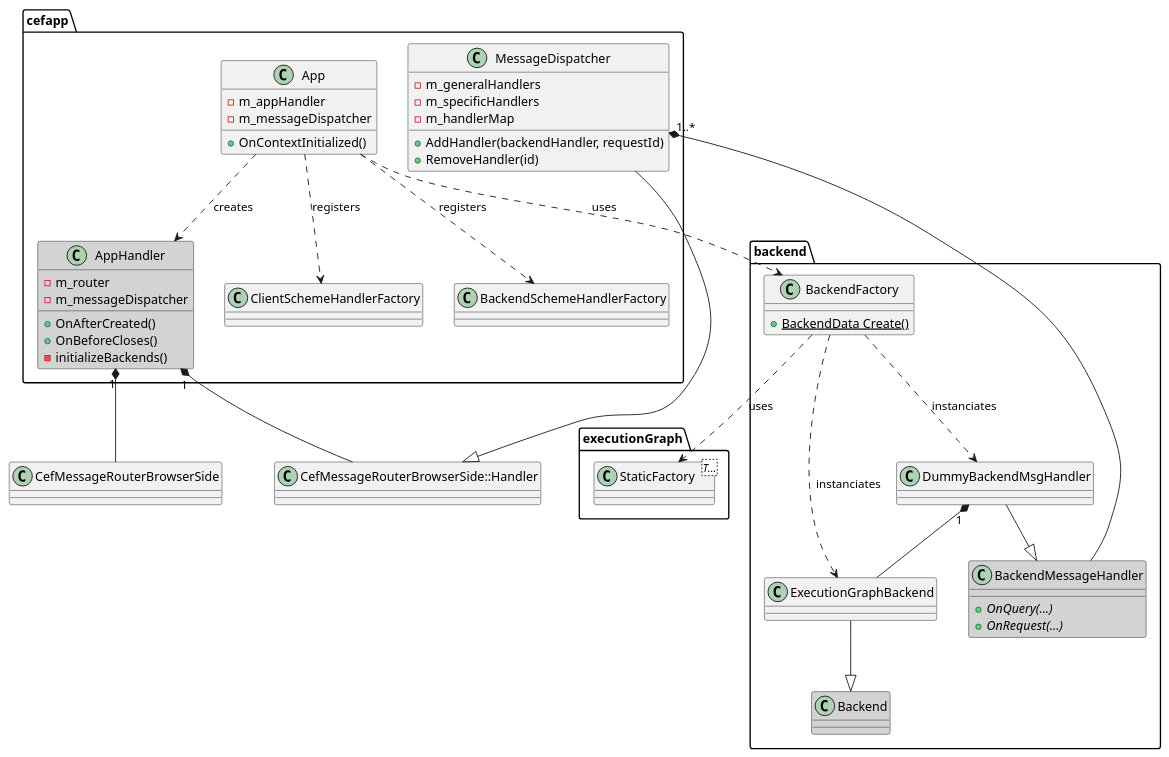
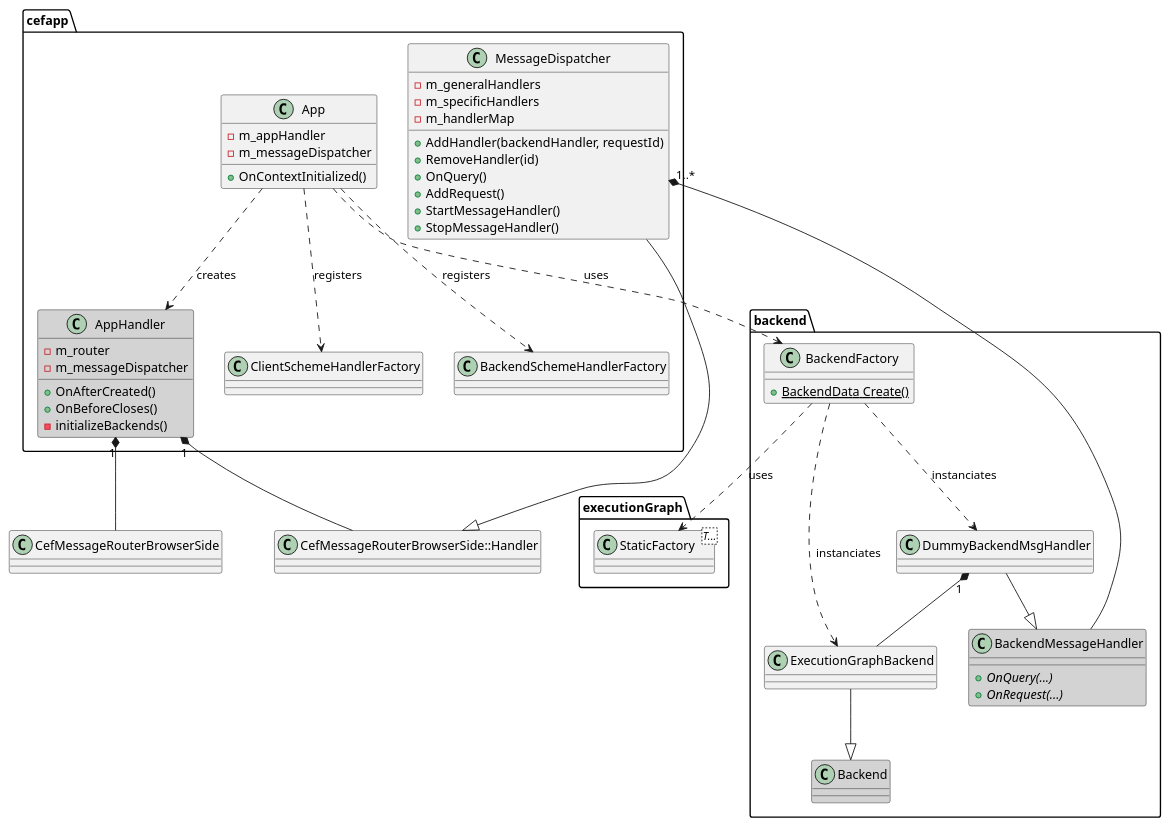
One commit to gabyx/ExecutionGraph changed the diagram in gui/specs/client-backend.plantuml. Above: the diagram before and after it, drawn with PlantUML. The commit also changed 1 other file, not shown here.

```diff
--- a/gui/specs/client-backend.plantuml
+++ b/gui/specs/client-backend.plantuml
@@ -2,71 +2,75 @@
 @startuml
 set namespaceSeparator ::
 skinparam shadowing false
 
 class CefMessageRouterBrowserSide
 class Handler as "CefMessageRouterBrowserSide::Handler"
 
 namespace cefapp{
     class App{
         + OnContextInitialized()
         - m_appHandler
         - m_messageDispatcher
     }
     class AppHandler #D3D3D3{
         + OnAfterCreated()
         + OnBeforeCloses()
         - m_router
         - m_messageDispatcher
         - initializeBackends()
     }
 
     class MessageDispatcher {
         + AddHandler(backendHandler, requestId)
         + RemoveHandler(id)
+        + OnQuery()
+        + AddRequest()
+        + StartMessageHandler()
+        + StopMessageHandler()
         - m_generalHandlers
         - m_specificHandlers
         - m_handlerMap
     }
     class ClientSchemeHandlerFactory
     class BackendSchemeHandlerFactory
 }
 
 cefapp::App ..> cefapp::AppHandler : creates
 cefapp::App ..> cefapp::ClientSchemeHandlerFactory : registers
 cefapp::App ..> cefapp::BackendSchemeHandlerFactory : registers
 
 cefapp::AppHandler "1" *-down- Handler
 cefapp::MessageDispatcher -down-|> Handler
 cefapp::MessageDispatcher "1..*" *--- backend::BackendMessageHandler
 cefapp::AppHandler "1" *-down- CefMessageRouterBrowserSide
 
 namespace backend {
     class Backend #D3D3D3
     class BackendMessageHandler #D3D3D3 {
         + OnQuery(...) {abstract} 
         + OnRequest(...) {abstract}
     }
 
     class BackendFactory {
         + BackendData Create() {static}
     }
 
     class DummyBackendMsgHandler
 }
 
 namespace executionGraph {
     class StaticFactory<T...>
 }
 
 cefapp::App ..> backend::BackendFactory : uses
 
 backend::ExecutionGraphBackend --|> backend::Backend
 backend::DummyBackendMsgHandler --|> backend::BackendMessageHandler
 
 backend::BackendFactory ..> backend::ExecutionGraphBackend : instanciates
 backend::BackendFactory ..> backend::DummyBackendMsgHandler : instanciates
 
 backend::DummyBackendMsgHandler "1" *-- backend::ExecutionGraphBackend
 
 backend::BackendFactory ..> executionGraph::StaticFactory : uses
 @enduml
```
